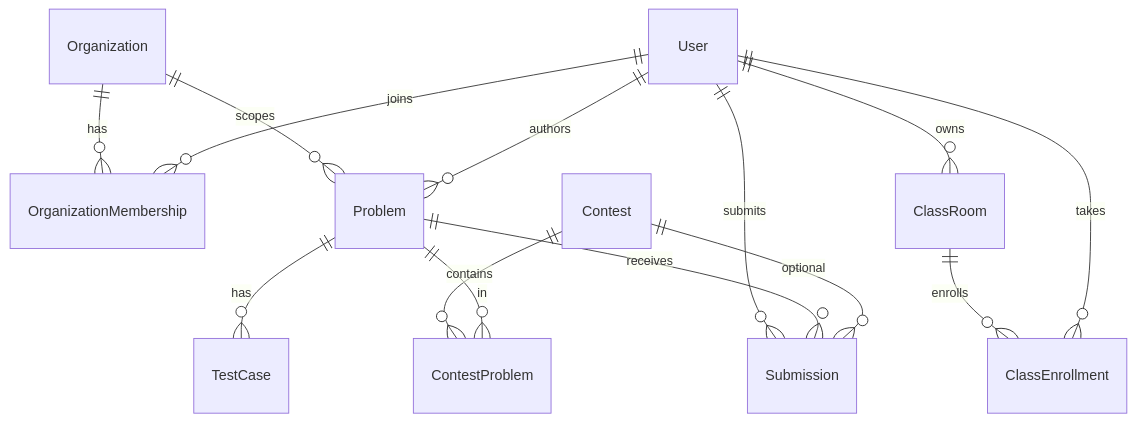
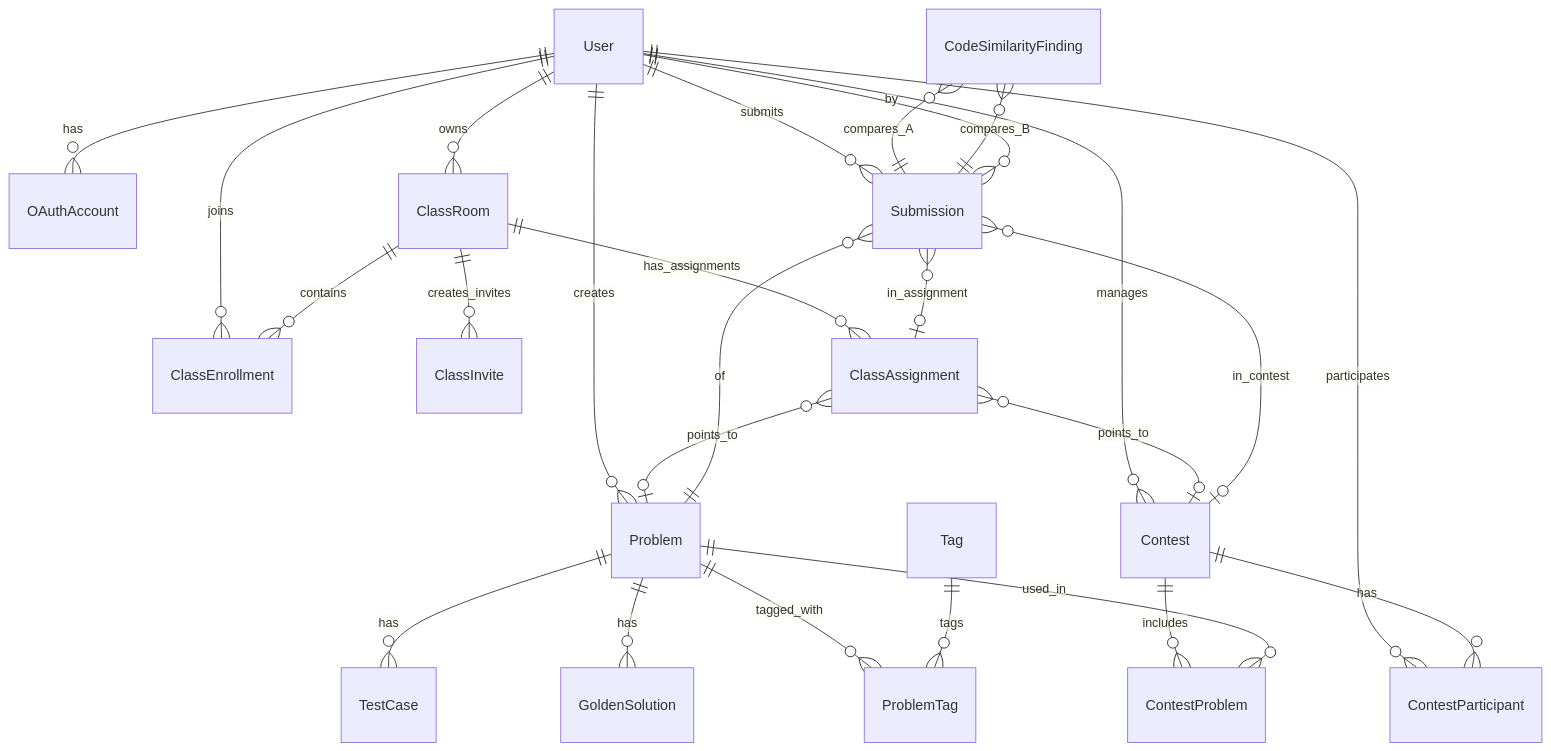
One commit to dumspice/code-judge changed the diagram in apps/core-api/prisma/schema.md. Above: the diagram before and after it, drawn with Mermaid. The commit also changed other lines of this file and 1 other file, not shown here.

Commit message:
fix(base): fix prisma schema

````diff
--- a/apps/core-api/prisma/schema.md
+++ b/apps/core-api/prisma/schema.md
@@ -510,16 +75,34 @@
 ```mermaid
 erDiagram
-  Organization ||--o{ OrganizationMembership : has
-  User ||--o{ OrganizationMembership : joins
+  User ||--o{ OAuthAccount : has
   User ||--o{ ClassRoom : owns
-  ClassRoom ||--o{ ClassEnrollment : enrolls
-  User ||--o{ ClassEnrollment : takes
-  Organization ||--o{ Problem : scopes
-  User ||--o{ Problem : authors
+  User ||--o{ ClassEnrollment : joins
+  User ||--o{ Problem : creates
+  User ||--o{ Contest : manages
+  User ||--o{ ContestParticipant : participates
+  User ||--o{ Submission : submits
+
+  ClassRoom ||--o{ ClassEnrollment : contains
+  ClassRoom ||--o{ ClassInvite : creates_invites
+  ClassRoom ||--o{ ClassAssignment : has_assignments
+
   Problem ||--o{ TestCase : has
-  Contest ||--o{ ContestProblem : contains
-  Problem ||--o{ ContestProblem : in
-  User ||--o{ Submission : submits
-  Problem ||--o{ Submission : receives
-  Contest ||--o{ Submission : optional
+  Problem ||--o{ GoldenSolution : has
+  Problem ||--o{ ProblemTag : tagged_with
+  Tag ||--o{ ProblemTag : tags
+
+  Contest ||--o{ ContestProblem : includes
+  Contest ||--o{ ContestParticipant : has
+  Problem ||--o{ ContestProblem : used_in
+
+  ClassAssignment }o--o| Problem : points_to
+  ClassAssignment }o--o| Contest : points_to
+
+  Submission }o--|| User : by
+  Submission }o--|| Problem : of
+  Submission }o--o| Contest : in_contest
+  Submission }o--o| ClassAssignment : in_assignment
+
+  CodeSimilarityFinding }o--|| Submission : compares_A
+  CodeSimilarityFinding }o--|| Submission : compares_B
 ```
````
